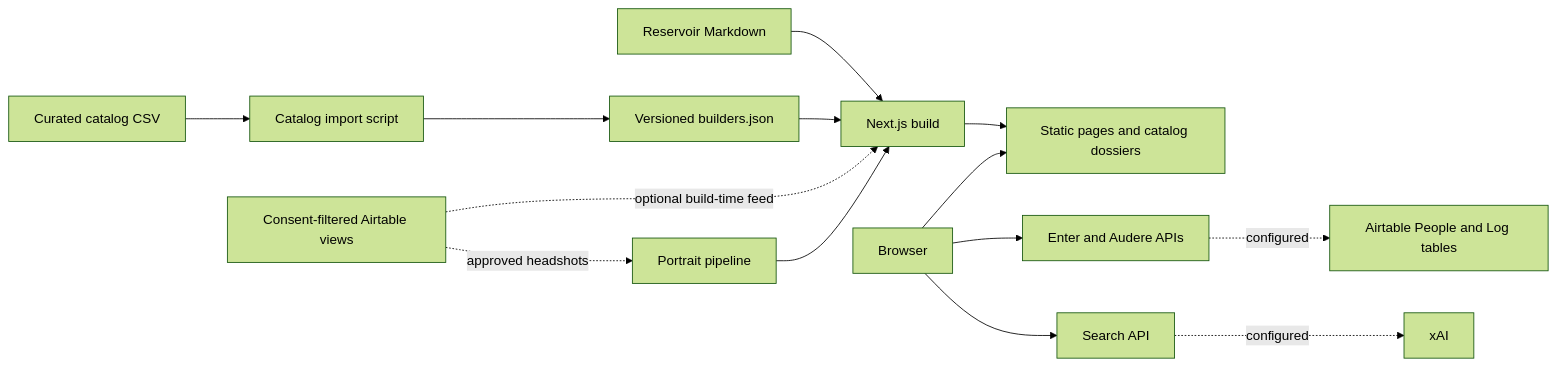
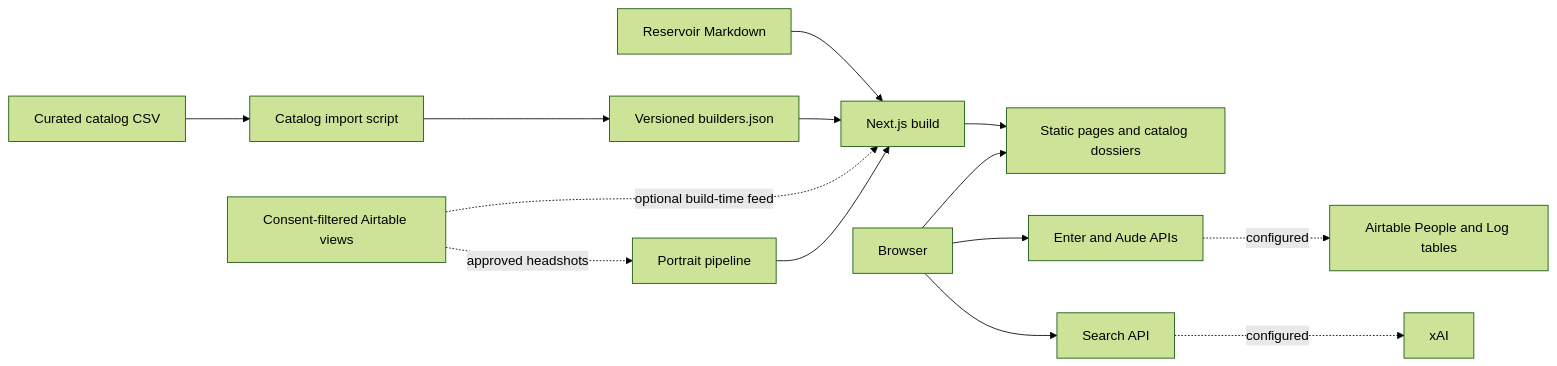
Before and after one commit to ariyannp07/YES-Website: the diagram in README.md, drawn with Mermaid (forest theme). The commit also changed other lines of this file and 20 other files, not shown here.

````diff
--- a/README.md
+++ b/README.md
@@ -65,17 +65,17 @@
 ```mermaid
 flowchart LR
   CSV[Curated catalog CSV] --> Import[Catalog import script]
   Import --> JSON[Versioned builders.json]
   MD[Reservoir Markdown] --> Build[Next.js build]
   JSON --> Build
   Views[Consent-filtered Airtable views] -. optional build-time feed .-> Build
   Views -. approved headshots .-> Portraits[Portrait pipeline]
   Portraits --> Build
   Build --> Static[Static pages and catalog dossiers]
 
   Browser --> Static
-  Browser --> Intake[Enter and Audere APIs]
+  Browser --> Intake[Enter and Aude APIs]
   Intake -. configured .-> State[Airtable People and Log tables]
   Browser --> Search[Search API]
   Search -. configured .-> XAI[xAI]
 ```
````
